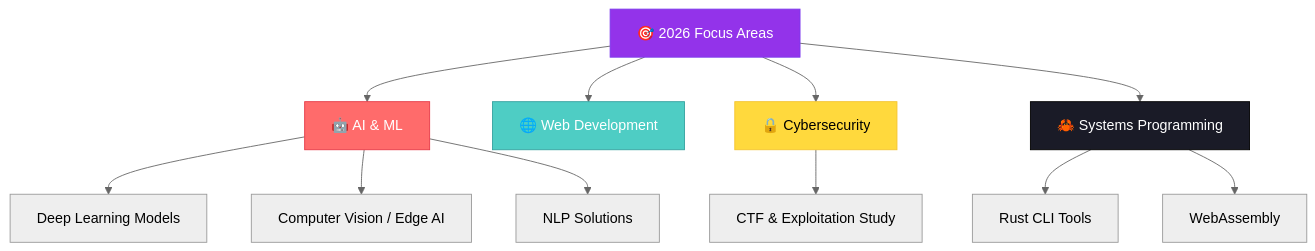
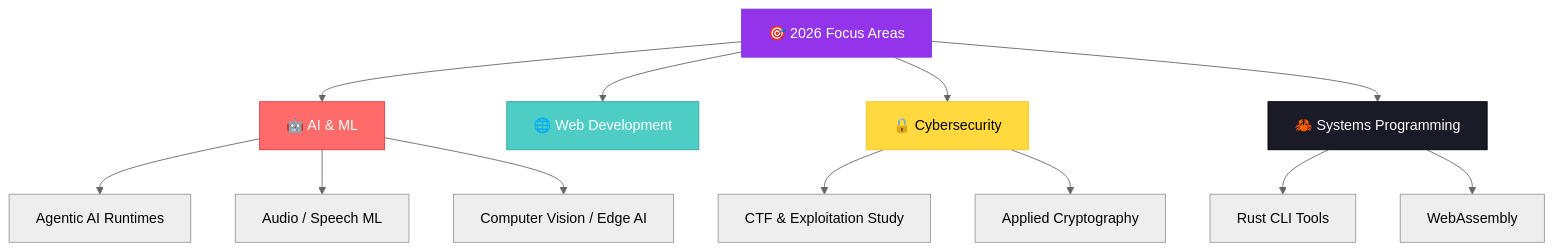
The second of 2 diagrams in README.md (Ali-hey-0/Ali-hey-0), drawn with Mermaid (neutral theme) before and after one commit. The commit also changed other lines of this file, not shown here.

````diff
--- a/README.md
+++ b/README.md
@@ -296,22 +420,23 @@
 ```mermaid
 graph TB
     A[🎯 2026 Focus Areas] --> B[🤖 AI & ML]
     A --> C[🌐 Web Development]
     A --> D[🔒 Cybersecurity]
     A --> E[🦀 Systems Programming]
 
-    B --> B1[Deep Learning Models]
-    B --> B2[Computer Vision / Edge AI]
-    B --> B3[NLP Solutions]
+    B --> B1[Agentic AI Runtimes]
+    B --> B2[Audio / Speech ML]
+    B --> B3[Computer Vision / Edge AI]
 
     D --> D1[CTF & Exploitation Study]
+    D --> D2[Applied Cryptography]
 
     E --> E1[Rust CLI Tools]
     E --> E2[WebAssembly]
 
     style A fill:#9333EA,stroke:#7C3AED,color:#fff
     style B fill:#FF6B6B,stroke:#E63946,color:#fff
     style C fill:#4ECDC4,stroke:#35A29F,color:#fff
     style D fill:#FFD93D,stroke:#F4C430,color:#000
     style E fill:#1A1B27,stroke:#000000,color:#fff
 ```
````
